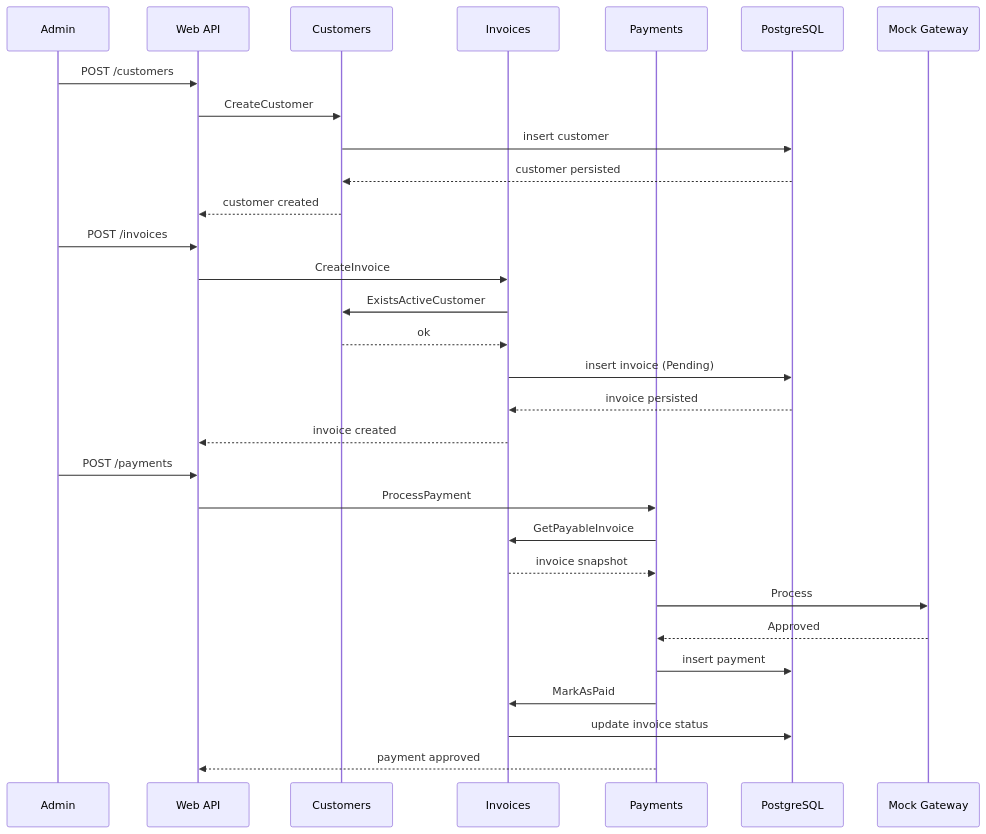
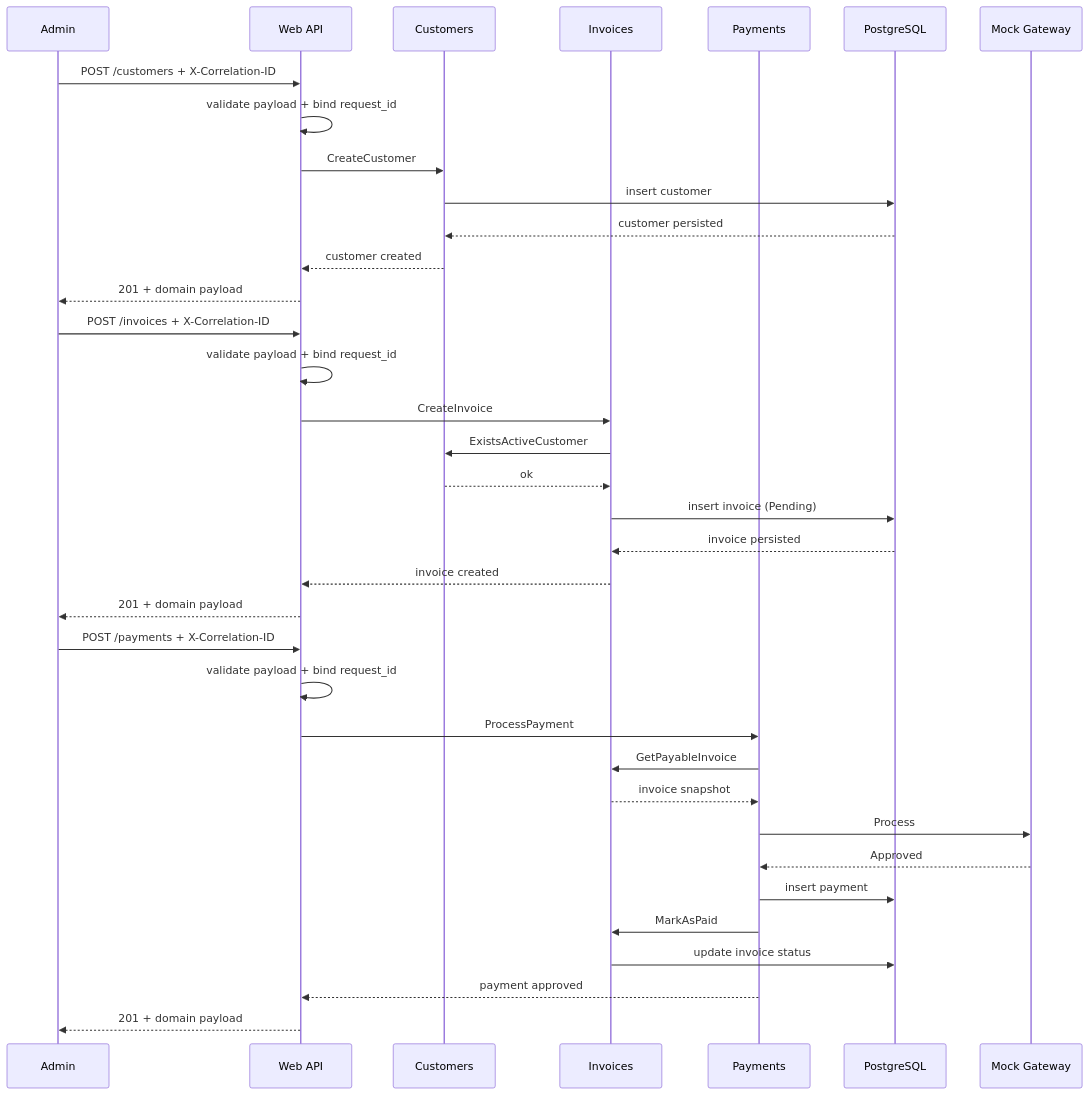
The fourth of 5 diagrams in docs/diagrams/architecture.md (rgomids/atlas-erp-core), drawn with Mermaid before and after one commit. The commit also changed other lines of this file and 28 other files, not shown here.

````diff
--- a/docs/diagrams/architecture.md
+++ b/docs/diagrams/architecture.md
@@ -67,35 +69,41 @@
 ```mermaid
 sequenceDiagram
     participant Admin
     participant API as Web API
     participant Customers
     participant Invoices
     participant Payments
     participant DB as PostgreSQL
     participant Gateway as Mock Gateway
 
-    Admin->>API: POST /customers
+    Admin->>API: POST /customers + X-Correlation-ID
+    API->>API: validate payload + bind request_id
     API->>Customers: CreateCustomer
     Customers->>DB: insert customer
     DB-->>Customers: customer persisted
     Customers-->>API: customer created
+    API-->>Admin: 201 + domain payload
 
-    Admin->>API: POST /invoices
+    Admin->>API: POST /invoices + X-Correlation-ID
+    API->>API: validate payload + bind request_id
     API->>Invoices: CreateInvoice
     Invoices->>Customers: ExistsActiveCustomer
     Customers-->>Invoices: ok
     Invoices->>DB: insert invoice (Pending)
     DB-->>Invoices: invoice persisted
     Invoices-->>API: invoice created
+    API-->>Admin: 201 + domain payload
 
-    Admin->>API: POST /payments
+    Admin->>API: POST /payments + X-Correlation-ID
+    API->>API: validate payload + bind request_id
     API->>Payments: ProcessPayment
     Payments->>Invoices: GetPayableInvoice
     Invoices-->>Payments: invoice snapshot
     Payments->>Gateway: Process
     Gateway-->>Payments: Approved
     Payments->>DB: insert payment
     Payments->>Invoices: MarkAsPaid
     Invoices->>DB: update invoice status
     Payments-->>API: payment approved
+    API-->>Admin: 201 + domain payload
 ```
````
